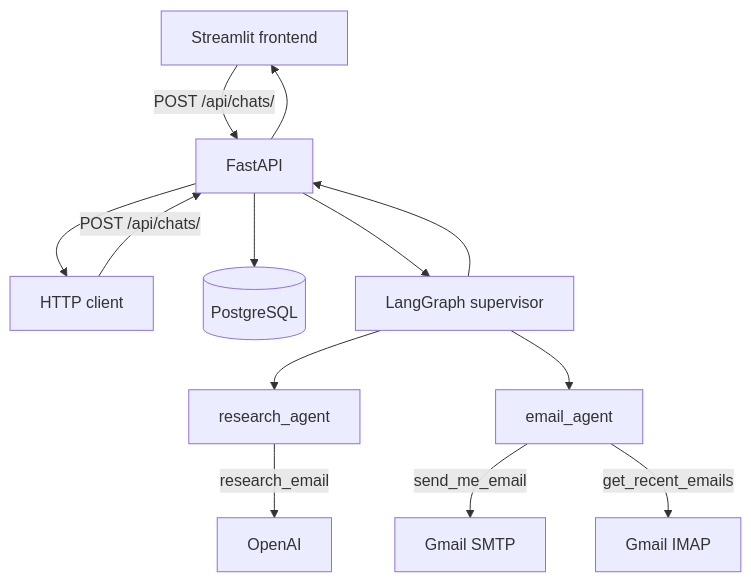
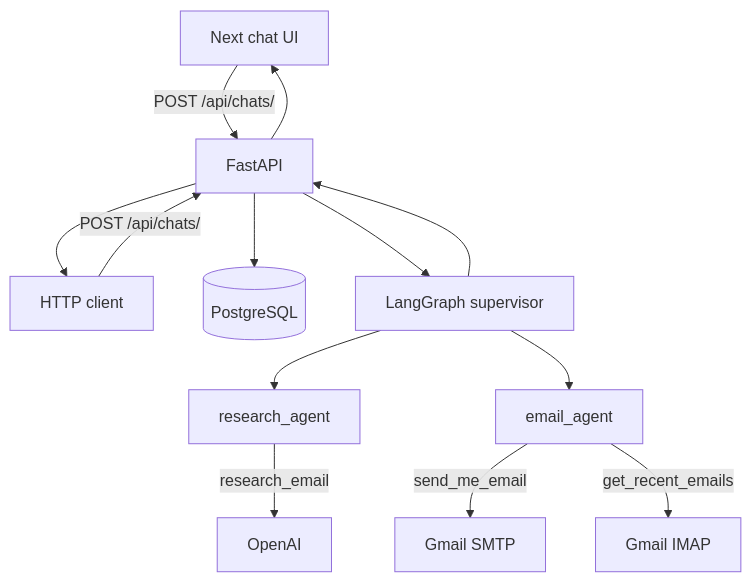
Before and after one commit to OtnielGomes/AI-Agent-with-Docker-Containers-and-Python: the diagram in README.md, drawn with Mermaid. The commit also changed other lines of this file and 55 other files, not shown here.

Commit message:
feat: replace Streamlit with Next chat UI under api and web

````diff
--- a/README.md
+++ b/README.md
@@ -39,15 +39,15 @@
 ```mermaid
 flowchart TB
-    UI[Streamlit frontend] -->|POST /api/chats/| API[FastAPI]
+    UI[Next chat UI] -->|POST /api/chats/| API[FastAPI]
     Client[HTTP client] -->|POST /api/chats/| API
     API --> DB[(PostgreSQL)]
     API --> Supervisor[LangGraph supervisor]
     Supervisor --> Research[research_agent]
     Supervisor --> Email[email_agent]
     Research -->|research_email| LLM[OpenAI]
     Email -->|send_me_email| SMTP[Gmail SMTP]
     Email -->|get_recent_emails| IMAP[Gmail IMAP]
     Supervisor --> API
     API --> UI
     API --> Client
 ```
````
